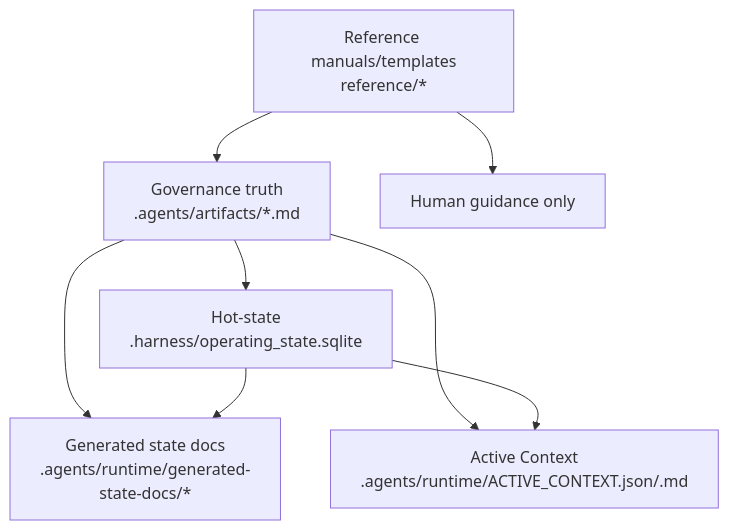
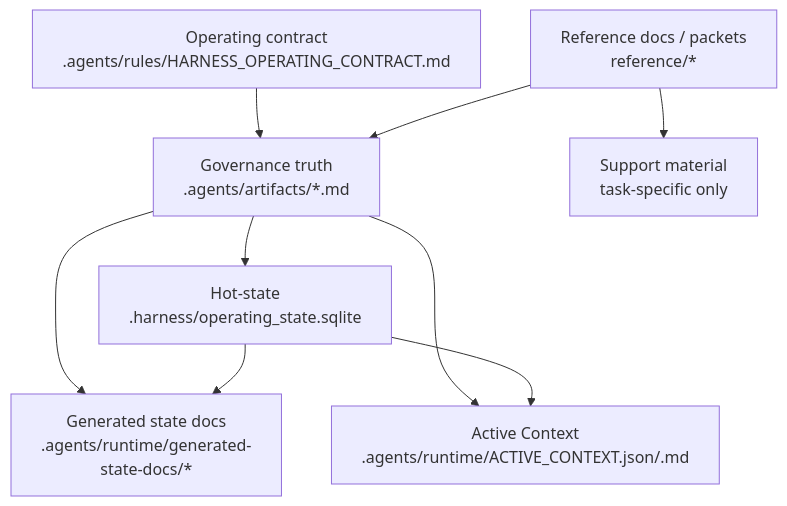
The second of 2 diagrams in standard-template/reference/manuals/HARNESS_MANUAL.md (Heeyoung-Ahn/harness-implementation-v1), drawn with Mermaid before and after one commit. The commit also changed other lines of this file and 12 other files, not shown here.

````diff
--- a/standard-template/reference/manuals/HARNESS_MANUAL.md
+++ b/standard-template/reference/manuals/HARNESS_MANUAL.md
@@ -291,10 +292,11 @@
 ```mermaid
 flowchart TD
-    A["Governance truth<br/>.agents/artifacts/*.md"] --> B["Hot-state<br/>.harness/operating_state.sqlite"]
-    A --> C["Generated state docs<br/>.agents/runtime/generated-state-docs/*"]
-    B --> C
-    A --> D["Active Context<br/>.agents/runtime/ACTIVE_CONTEXT.json/.md"]
-    B --> D
-    E["Reference manuals/templates<br/>reference/*"] --> A
-    E --> F["Human guidance only"]
+    A["Operating contract<br/>.agents/rules/HARNESS_OPERATING_CONTRACT.md"] --> B["Governance truth<br/>.agents/artifacts/*.md"]
+    B --> C["Hot-state<br/>.harness/operating_state.sqlite"]
+    B --> D["Generated state docs<br/>.agents/runtime/generated-state-docs/*"]
+    C --> D
+    B --> E["Active Context<br/>.agents/runtime/ACTIVE_CONTEXT.json/.md"]
+    C --> E
+    F["Reference docs / packets<br/>reference/*"] --> B
+    F --> G["Support material<br/>task-specific only"]
 ```
````
